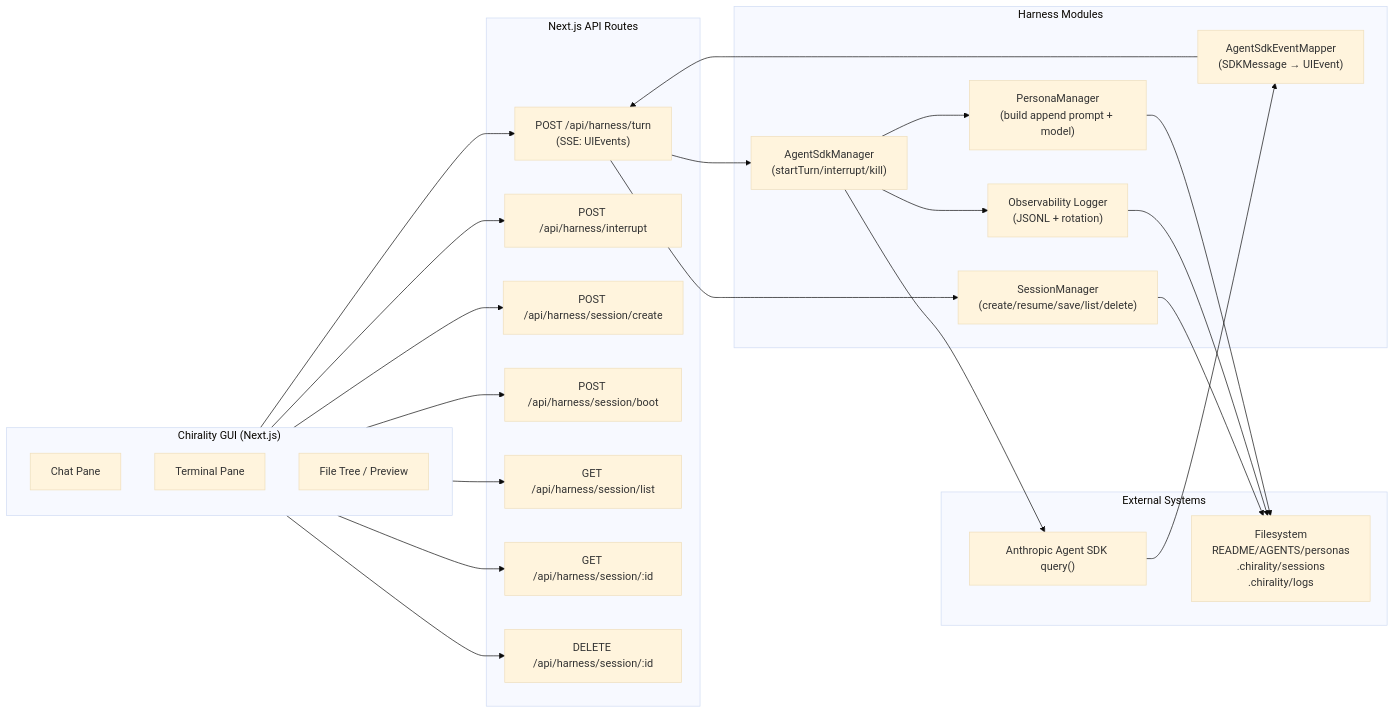
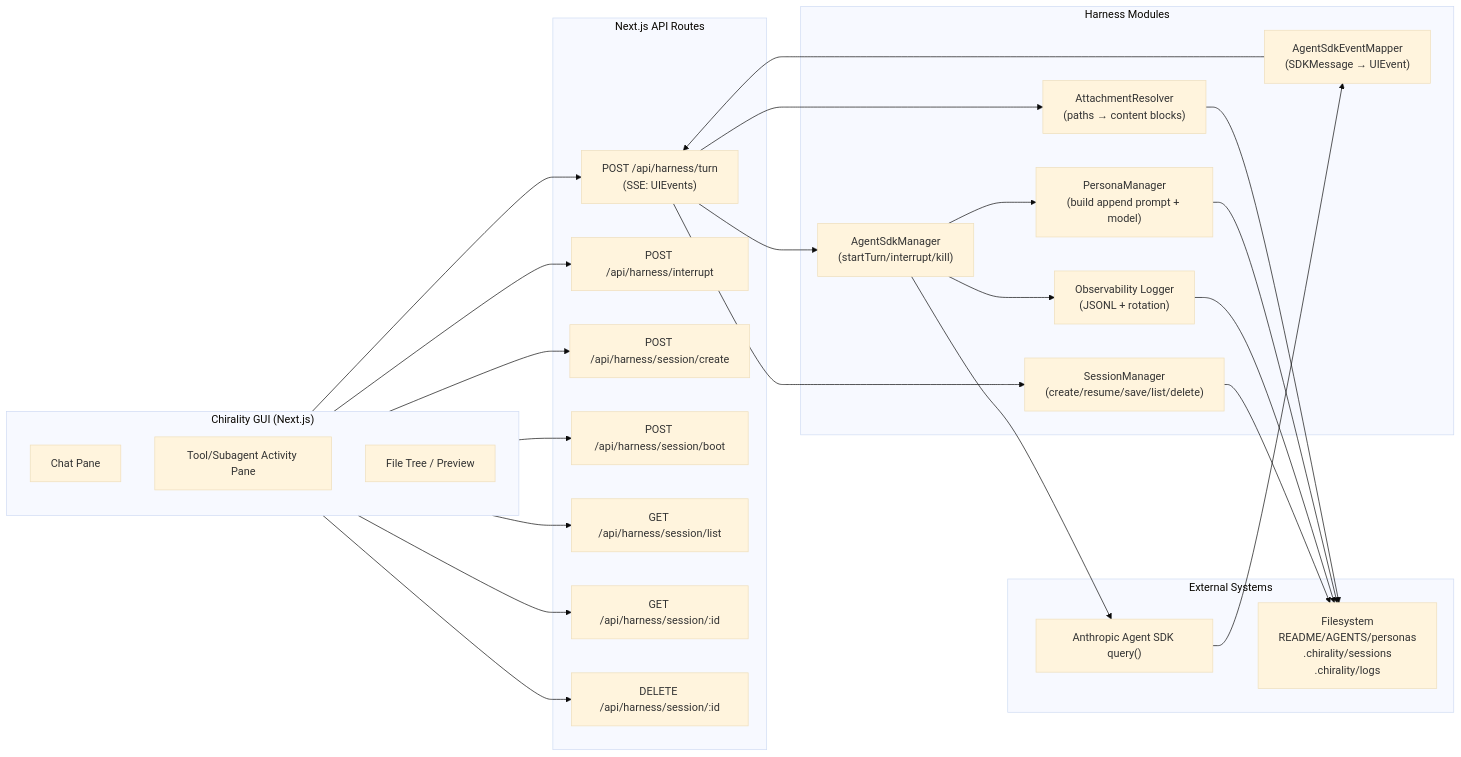
Before and after one commit to sgttomas/chirality-app: the first of 3 diagrams in frontend/docs/harness/chirality_harness_graphs_and_sequence.md, drawn with Mermaid (base theme). The commit also changed other lines of this file and 34 other files, not shown here.

````diff
--- a/frontend/docs/harness/chirality_harness_graphs_and_sequence.md
+++ b/frontend/docs/harness/chirality_harness_graphs_and_sequence.md
@@ -11,50 +11,53 @@
 ```mermaid
 flowchart LR
   subgraph GUI["Chirality GUI (Next.js)"]
     Chat["Chat Pane"]
-    Term["Terminal Pane"]
+    Activity["Tool/Subagent Activity Pane"]
     Files["File Tree / Preview"]
   end
 
   subgraph API["Next.js API Routes"]
     Turn["POST /api/harness/turn\n(SSE: UIEvents)"]
     Interrupt["POST /api/harness/interrupt"]
     SessCreate["POST /api/harness/session/create"]
     SessBoot["POST /api/harness/session/boot"]
     SessList["GET /api/harness/session/list"]
     SessGet["GET /api/harness/session/:id"]
     SessDel["DELETE /api/harness/session/:id"]
   end
 
   GUI --> Turn
   GUI --> Interrupt
   GUI --> SessCreate
   GUI --> SessBoot
   GUI --> SessList
   GUI --> SessGet
   GUI --> SessDel
 
   subgraph Harness["Harness Modules"]
     SM["SessionManager\n(create/resume/save/list/delete)"]
     PM["PersonaManager\n(build append prompt + model)"]
+    AR["AttachmentResolver\n(paths → content blocks)"]
     ASM["AgentSdkManager\n(startTurn/interrupt/kill)"]
     MAP["AgentSdkEventMapper\n(SDKMessage → UIEvent)"]
     LOG["Observability Logger\n(JSONL + rotation)"]
   end
 
   subgraph External["External Systems"]
     SDK["Anthropic Agent SDK query()"]
     FS["Filesystem\nREADME/AGENTS/personas\n.chirality/sessions\n.chirality/logs"]
   end
 
   Turn --> SM
+  Turn --> AR
   Turn --> ASM
   ASM --> PM
+  AR --> FS
   PM --> FS
   ASM --> SDK
   SDK --> MAP
   MAP --> Turn
   ASM --> LOG
   LOG --> FS
   SM --> FS
 ```
````
